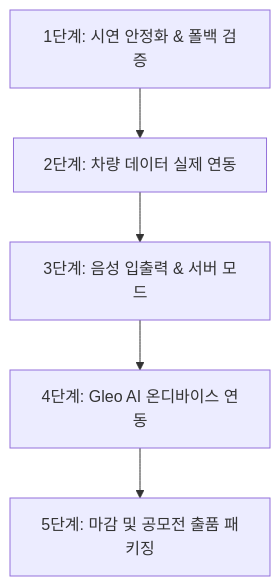
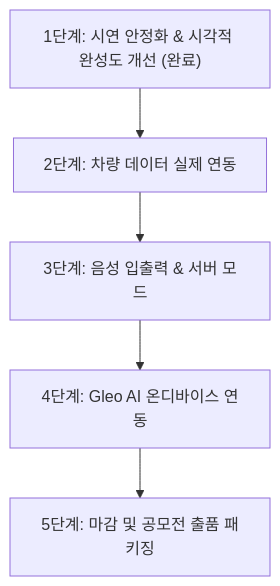
The diagram in PROJECT_PLAN.md (2Jaegon/Hyundai_app_data), drawn with Mermaid before and after one commit. The commit also changed other lines of this file and 20 other files, not shown here.

````diff
--- a/PROJECT_PLAN.md
+++ b/PROJECT_PLAN.md
@@ -61,7 +65,7 @@
 ```mermaid
 flowchart TD
-    Phase1["1단계: 시연 안정화 & 폴백 검증"] --> Phase2["2단계: 차량 데이터 실제 연동"]
+    Phase1["1단계: 시연 안정화 & 시각적 완성도 개선 (완료)"] --> Phase2["2단계: 차량 데이터 실제 연동"]
     Phase2 --> Phase3["3단계: 음성 입출력 & 서버 모드"]
     Phase3 --> Phase4["4단계: Gleo AI 온디바이스 연동"]
     Phase4 --> Phase5["5단계: 마감 및 공모전 출품 패키징"]
 ```
````
